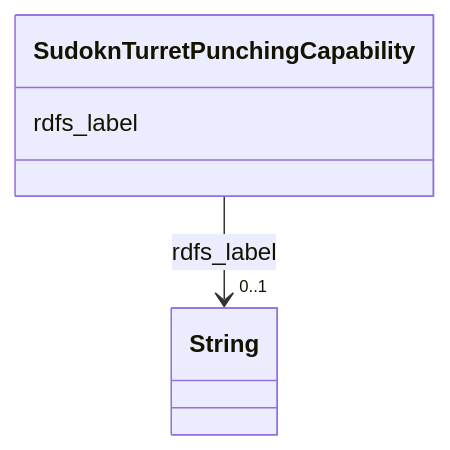
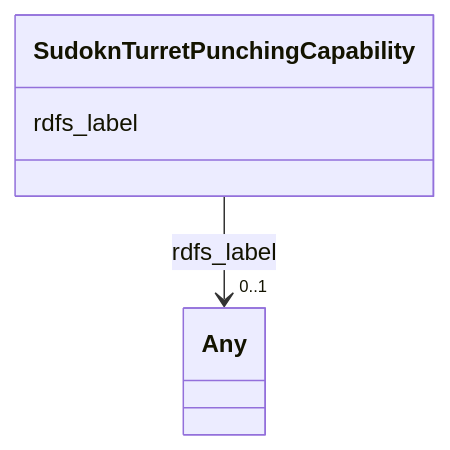
Before and after one commit to frink-okn/graph-descriptions: the diagram in sudokn-kg/classes/SudoknTurretPunchingCapability.md, drawn with Mermaid. The commit also changed other lines of this file and 903 other files, not shown here.

````diff
--- a/sudokn-kg/classes/SudoknTurretPunchingCapability.md
+++ b/sudokn-kg/classes/SudoknTurretPunchingCapability.md
@@ -23,15 +18,15 @@
 ```mermaid
  classDiagram
     class SudoknTurretPunchingCapability
     click SudoknTurretPunchingCapability href "../SudoknTurretPunchingCapability"
       SudoknTurretPunchingCapability : rdfs_label
         
           
     
     
-    SudoknTurretPunchingCapability --> "0..1" String : rdfs_label
-    click String href "../String"
+    SudoknTurretPunchingCapability --> "0..1" Any : rdfs_label
+    click Any href "../Any"
 
         
       
 ```
````
